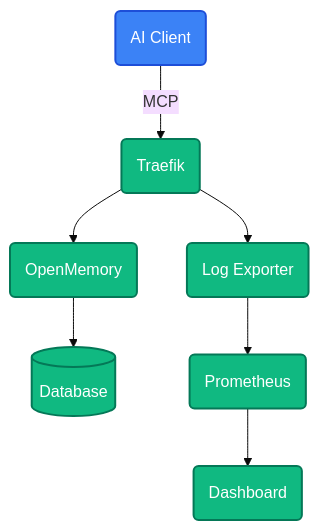
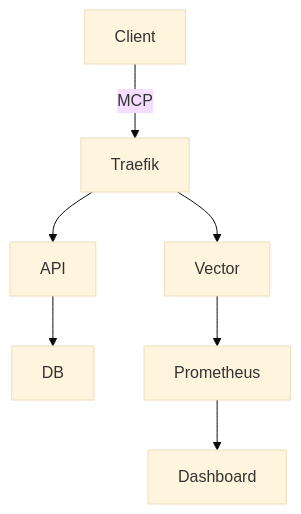
One commit to mikhailkogan17/cybermem changed the diagram in README.md. Above: the diagram before and after it, drawn with Mermaid (base theme). The commit also changed other lines of this file, not shown here.

````diff
--- a/README.md
+++ b/README.md
@@ -48,12 +43,9 @@
 ```mermaid
 graph TD
-    classDef default fill:#10b981,stroke:#047857,stroke-width:2px,color:white;
-    classDef client fill:#3b82f6,stroke:#1d4ed8,stroke-width:2px,color:white;
-    
-    Client(AI Client):::client -->|MCP| Traefik(Traefik)
-    Traefik --> API(OpenMemory)
-    API --> DB[(Database)]
-    Traefik --> Vector(Log Exporter)
-    Vector --> Prometheus(Prometheus)
-    Prometheus --> Dashboard(Dashboard)
+    Client -->|MCP| Traefik
+    Traefik --> API
+    API --> DB
+    Traefik --> Vector
+    Vector --> Prometheus
+    Prometheus --> Dashboard
 ```
````
